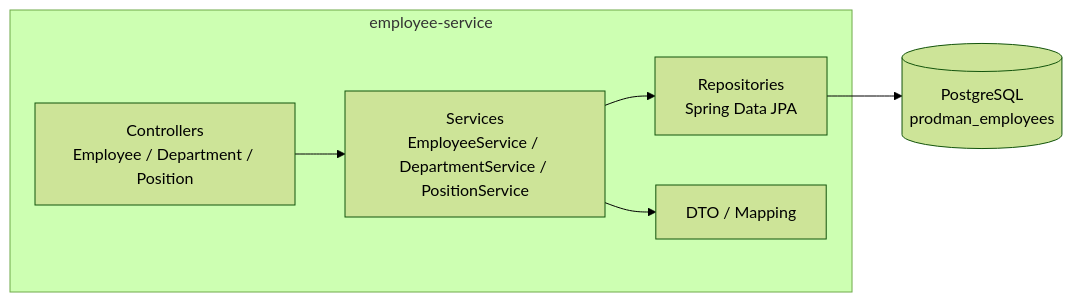
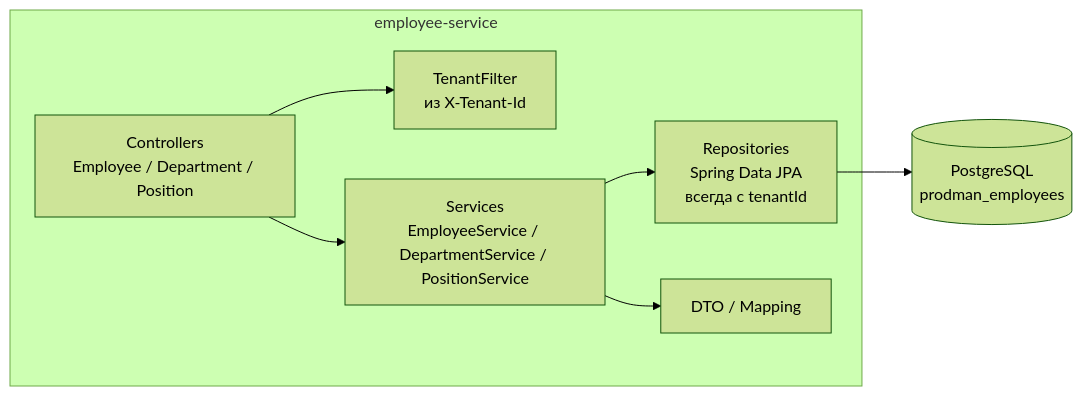
One commit to DaurenMash/production_manager changed the third of 4 diagrams in docs/architecture.md. Above: the diagram before and after it, drawn with Mermaid (forest theme). The commit also changed other lines of this file and 7 other files, not shown here.

Commit message:
docs: switch to SaaS model, add tenancy ADR and employee schema

````diff
--- a/docs/architecture.md
+++ b/docs/architecture.md
@@ -68,14 +74,16 @@
 ```mermaid
 flowchart LR
     subgraph ES["employee-service"]
+        Filter[TenantFilter<br/>из X-Tenant-Id]
         EController[Controllers<br/>Employee / Department / Position]
         EService[Services<br/>EmployeeService / DepartmentService / PositionService]
-        ERepo[Repositories<br/>Spring Data JPA]
+        ERepo[Repositories<br/>Spring Data JPA<br/>всегда с tenantId]
         EMapper[DTO / Mapping]
     end
 
+    EController --> Filter
     EController --> EService
     EService --> ERepo
     EService --> EMapper
     ERepo --> PG[(PostgreSQL<br/>prodman_employees)]
 ```
````
